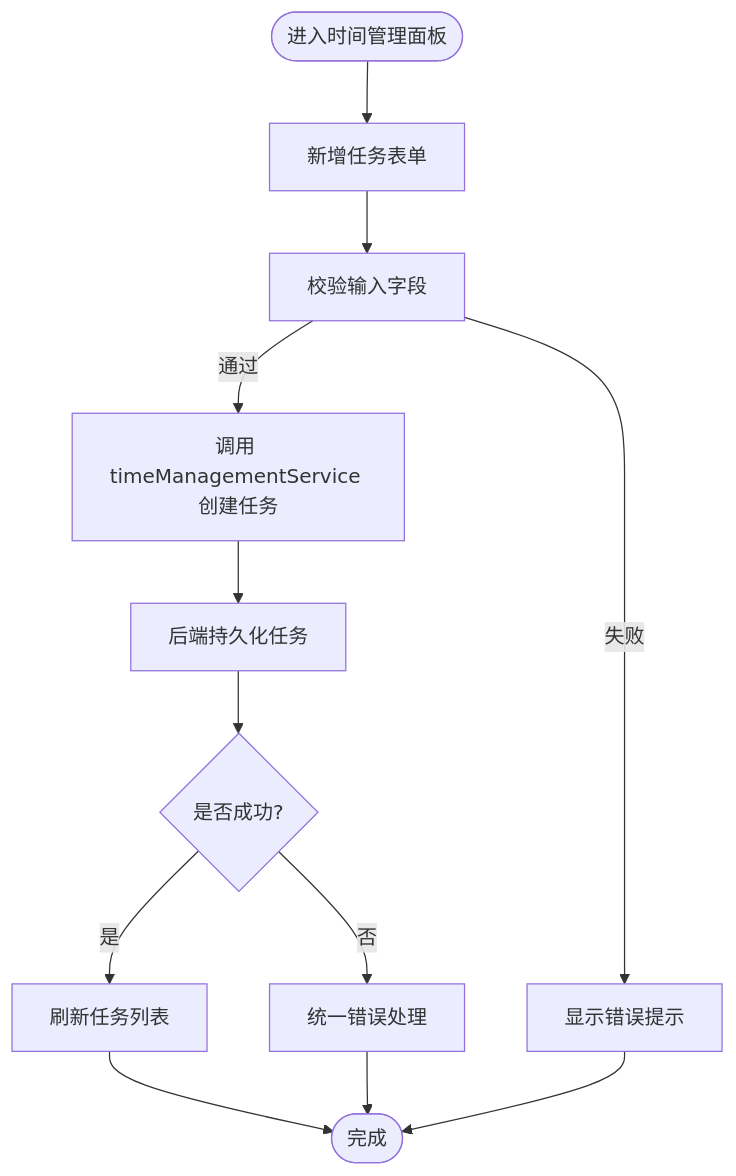
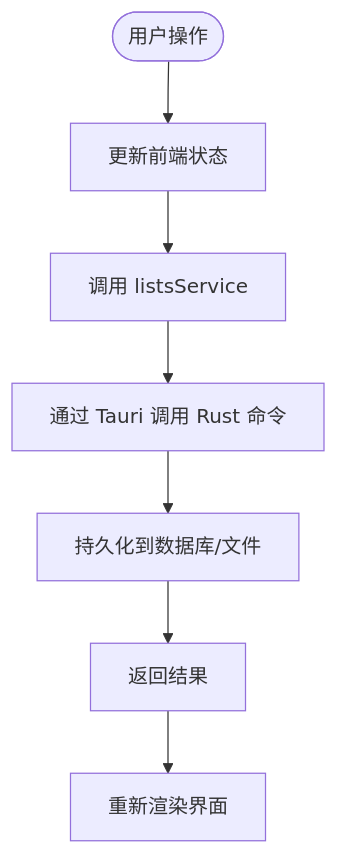
Before and after one commit to gzdxhujiale/FishWorker: the third of 6 diagrams in .qoder/repowiki/zh/content/项目概述/项目概述.md, drawn with Mermaid. The commit also changed other lines of this file and 238 other files, not shown here.

````diff
--- a/.qoder/repowiki/zh/content/项目概述/项目概述.md
+++ b/.qoder/repowiki/zh/content/项目概述/项目概述.md
@@ -193,14 +180,9 @@
 ```mermaid
 flowchart TD
-Start(["进入时间管理面板"]) --> AddTask["新增任务表单"]
-AddTask --> Validate["校验输入字段"]
-Validate --> |通过| CallAPI["调用 timeManagementService 创建任务"]
-Validate --> |失败| ShowError["显示错误提示"]
-CallAPI --> Persist["后端持久化任务"]
-Persist --> Success{"是否成功?"}
-Success --> |是| Refresh["刷新任务列表"]
-Success --> |否| HandleErr["统一错误处理"]
-Refresh --> End(["完成"])
-HandleErr --> End
-ShowError --> End
+Start(["用户操作"]) --> UpdateState["更新前端状态"]
+UpdateState --> CallService["调用 listsService"]
+CallService --> InvokeTauri["通过 Tauri 调用 Rust 命令"]
+InvokeTauri --> Persist["持久化到数据库/文件"]
+Persist --> ReturnData["返回结果"]
+ReturnData --> Render["重新渲染界面"]
 ```
````
